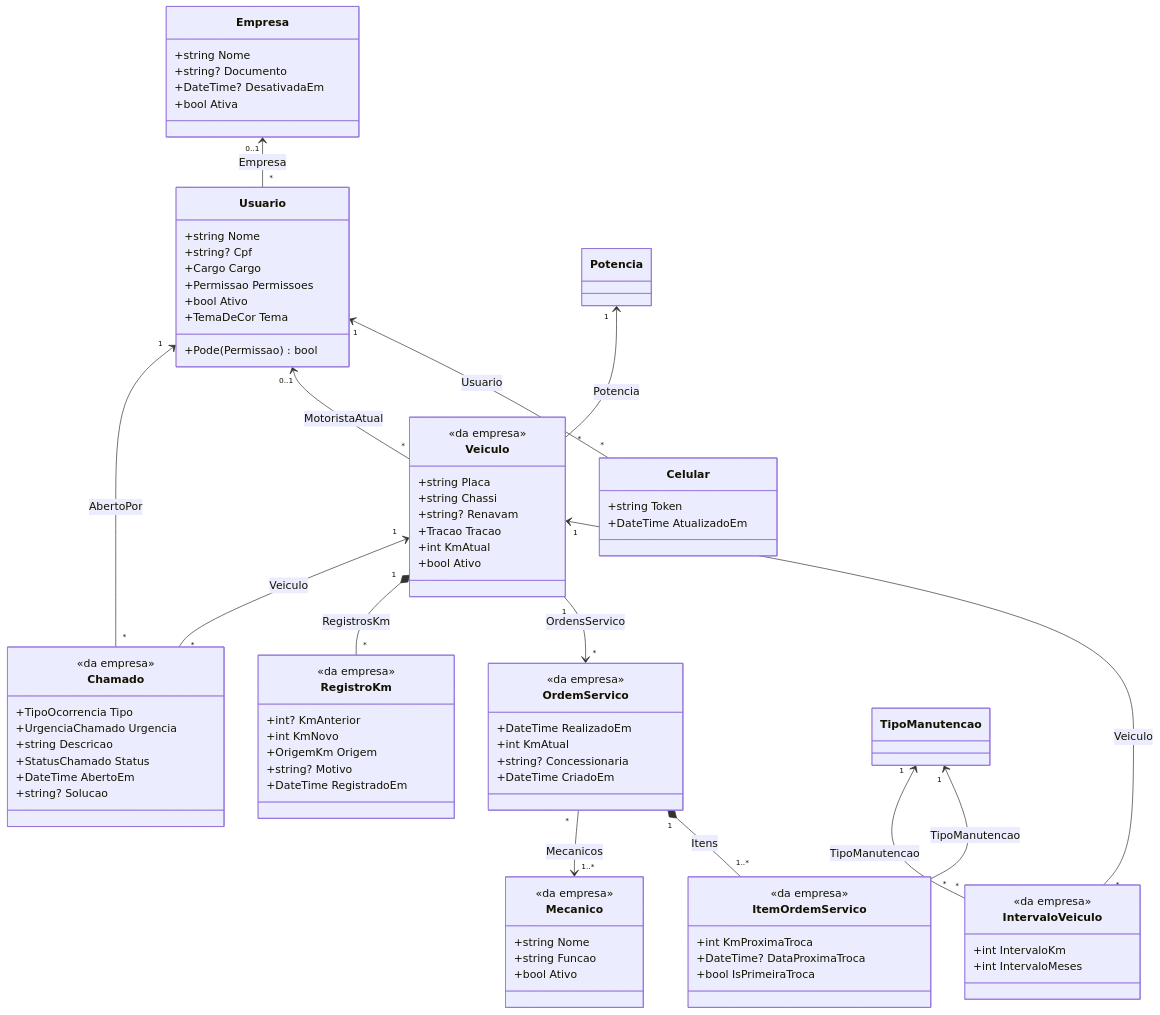
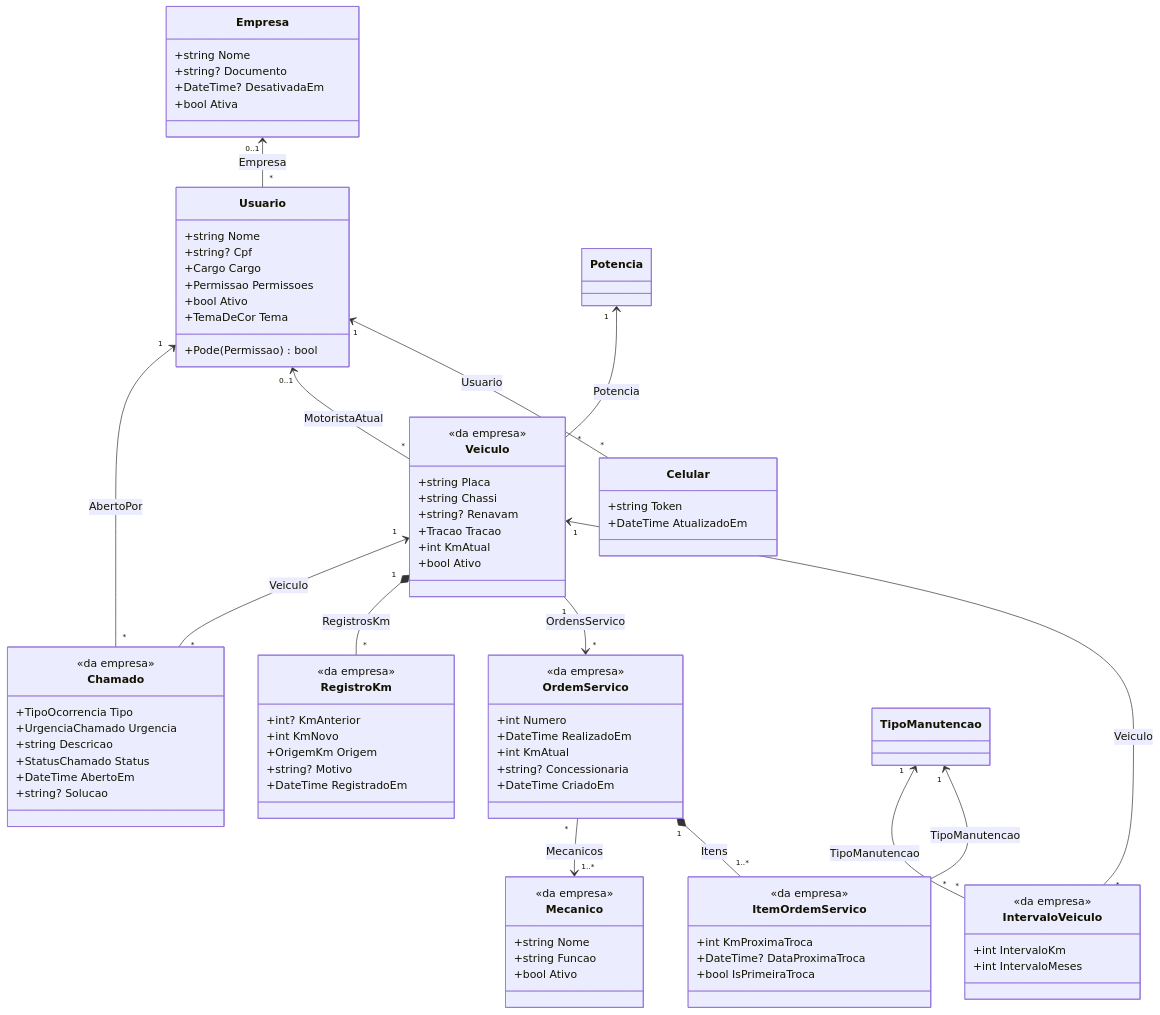
One commit to LeandroPoletti/CheckTruck changed the third of 4 diagrams in docs/dominio.md. Above: the diagram before and after it, drawn with Mermaid. The commit also changed other lines of this file and 74 other files, not shown here.

```diff
--- a/docs/dominio.md
+++ b/docs/dominio.md
@@ -118,6 +122,7 @@
     }
     class OrdemServico {
         <<da empresa>>
+        +int Numero
         +DateTime RealizadoEm
         +int KmAtual
         +string? Concessionaria
```
